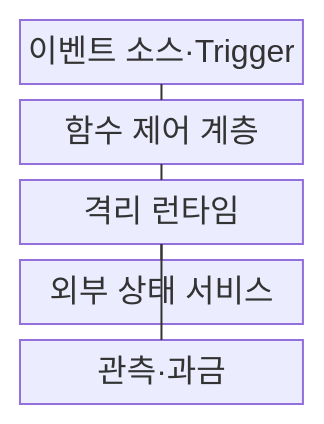
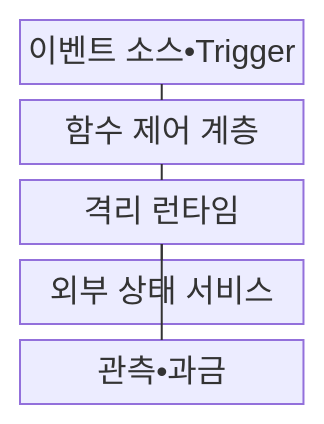
Before and after one commit to agnusdei1207/knowledge-base: the first of 2 diagrams in src/content/docs/notes/03-software/159_serverless_faas.md, drawn with Mermaid. The commit also changed other lines of this file and 953 other files, not shown here.

````diff
--- a/src/content/docs/notes/03-software/159_serverless_faas.md
+++ b/src/content/docs/notes/03-software/159_serverless_faas.md
@@ -68,13 +68,13 @@
 ```mermaid
 block
     columns 1
-    A["이벤트 소스·Trigger"]
+    A["이벤트 소스•Trigger"]
     B["함수 제어 계층"]
     C["격리 런타임"]
     D["외부 상태 서비스"]
-    E["관측·과금"]
+    E["관측•과금"]
     A --- B
     B --- C
     C --- D
     C --- E
 ```
````
